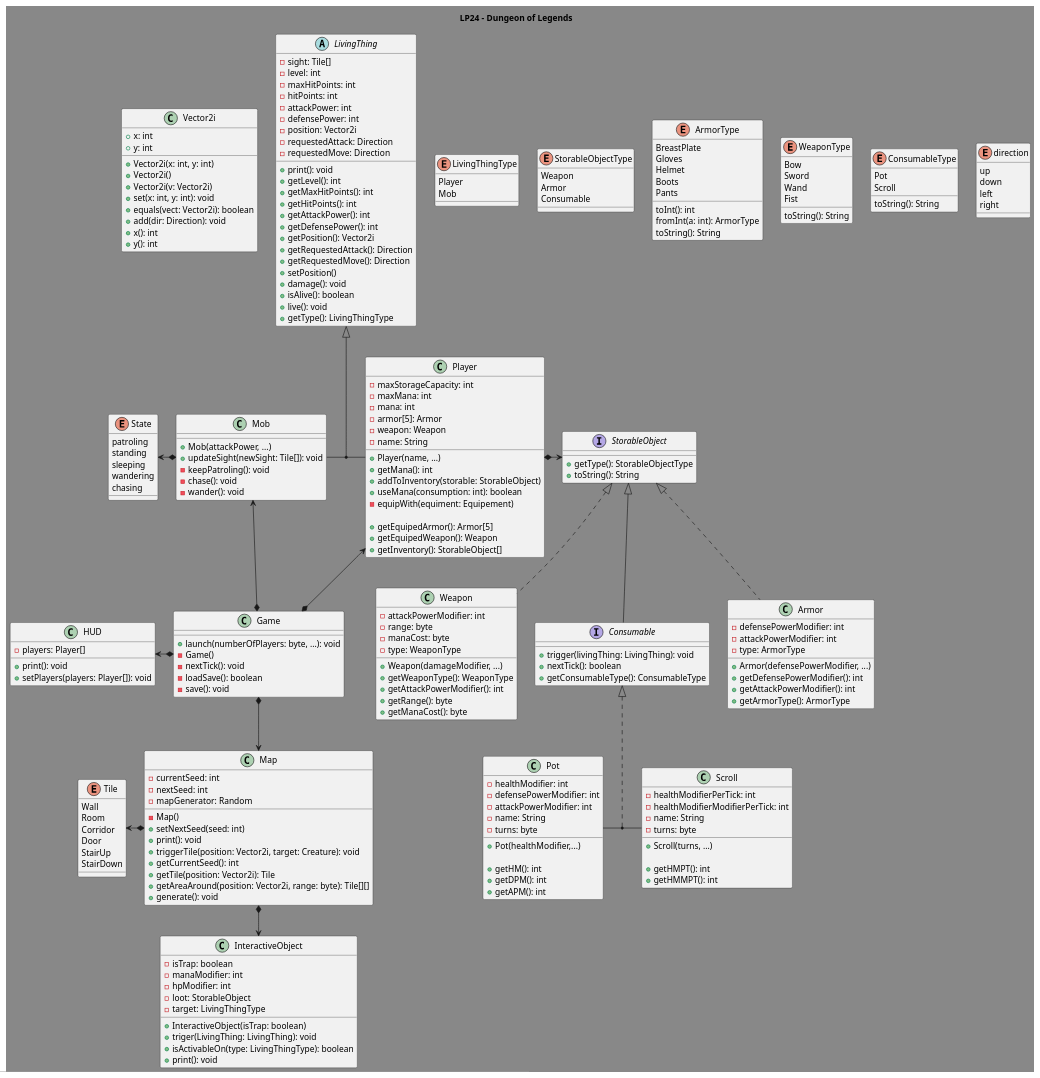
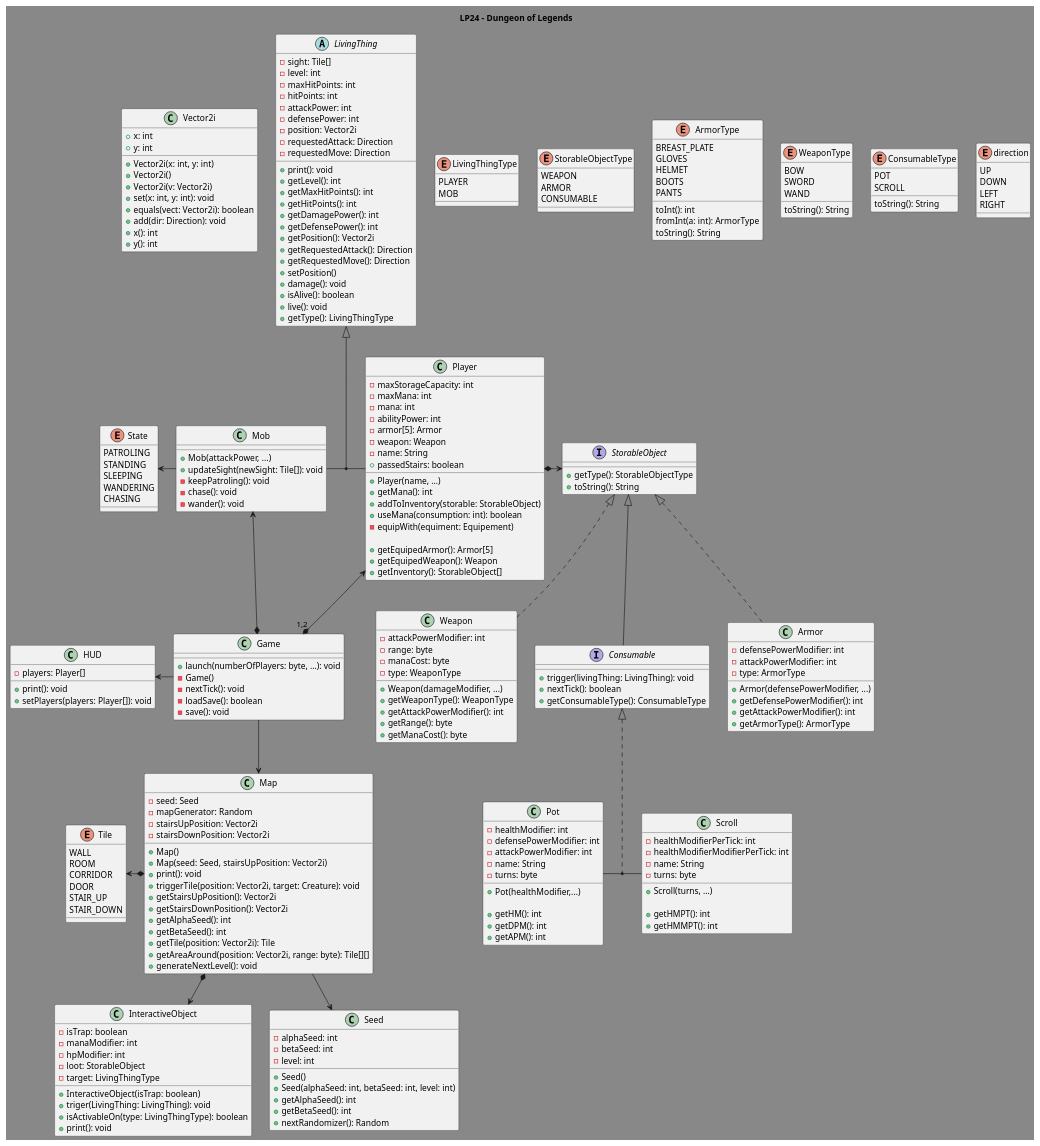
Before and after one commit to TiWinDeTea/Raoul-the-Game: the diagram in diagram.puml, drawn with PlantUML. The commit also changed 1 other file, not shown here.

Commit message:
Updating the diagram

```diff
--- a/diagram.puml
+++ b/diagram.puml
@@ -9,53 +9,52 @@
 }
 
 enum direction{
-    up
-    down
-    left
-    right
+    UP
+    DOWN
+    LEFT
+    RIGHT
 }
 enum ConsumableType{
-    Pot
-    Scroll
+    POT
+    SCROLL
     toString(): String
 }
 
 enum WeaponType{
-    Bow
-    Sword
-    Wand
-    Fist
+    BOW
+    SWORD
+    WAND
     toString(): String
 }
 
 enum ArmorType{
-    BreastPlate
-    Gloves
-    Helmet
-    Boots
-    Pants
+    BREAST_PLATE
+    GLOVES
+    HELMET
+    BOOTS
+    PANTS
     toInt(): int
     fromInt(a: int): ArmorType
     toString(): String
 }
 enum StorableObjectType{
-    Weapon
-    Armor
-    Consumable
+    WEAPON
+    ARMOR
+    CONSUMABLE
 }
 
 enum LivingThingType{
-    Player
-    Mob
+    PLAYER
+    MOB
 }
 
 enum Tile{
-    Wall
-    Room
-    Corridor
-    Door
-    StairUp
-    StairDown
+    WALL
+    ROOM
+    CORRIDOR
+    DOOR
+    STAIR_UP
+    STAIR_DOWN
 }
 
 LivingThingType -[hidden]right- StorableObjectType
@@ -147,7 +146,7 @@
     + getLevel(): int
     + getMaxHitPoints(): int
     + getHitPoints(): int
-    + getAttackPower(): int
+    + getDamagePower(): int
     + getDefensePower(): int
     + getPosition(): Vector2i
     + getRequestedAttack(): Direction
@@ -163,9 +162,11 @@
     - maxStorageCapacity: int
     - maxMana: int
     - mana: int
+    - abilityPower: int
     - armor[5]: Armor
     - weapon: Weapon
     - name: String
+    + passedStairs: boolean
     + Player(name, ...)
     + getMana(): int
     + addToInventory(storable: StorableObject)
@@ -188,7 +189,7 @@
     - chase(): void
     - wander(): void
 }
-Mob *-left-> State
+Mob -left-> State
 Mob -[hidden]right- Player
 Mob -[hidden]up-> LivingThing
 LivingThing <|-- (Mob, Player)
@@ -201,32 +202,48 @@
     - save(): void
 }
 Game *-up-> Mob
-Game *-up-> Player
-Game *--> Map
-Game *-left-> HUD
+Game "1,2" *-up-> Player
+Game --> Map
+Game -left-> HUD
 
 class Map {
-    - currentSeed: int
-    - nextSeed: int
+    - seed: Seed
     - mapGenerator: Random
-    - Map()
-    + setNextSeed(seed: int)
+    - stairsUpPosition: Vector2i
+    - stairsDownPosition: Vector2i
+    + Map()
+    + Map(seed: Seed, stairsUpPosition: Vector2i)
     + print(): void
     + triggerTile(position: Vector2i, target: Creature): void
-    + getCurrentSeed(): int
+    + getStairsUpPosition(): Vector2i
+    + getStairsDownPosition(): Vector2i
+    + getAlphaSeed(): int
+    + getBetaSeed(): int
     + getTile(position: Vector2i): Tile
     + getAreaAround(position: Vector2i, range: byte): Tile[][]
-    + generate(): void
+    + generateNextLevel(): void
 }
 Map *--> InteractiveObject
 Map *-left-> Tile
+Map --> Seed
+
+class Seed {
+    - alphaSeed: int
+    - betaSeed: int
+    - level: int
+    + Seed()
+    + Seed(alphaSeed: int, betaSeed: int, level: int)
+    + getAlphaSeed(): int
+    + getBetaSeed(): int
+    + nextRandomizer(): Random
+}
 
 enum State{
-    patroling
-    standing
-    sleeping
-    wandering
-    chasing
+    PATROLING
+    STANDING
+    SLEEPING
+    WANDERING
+    CHASING
 }
 
 class HUD {
```
